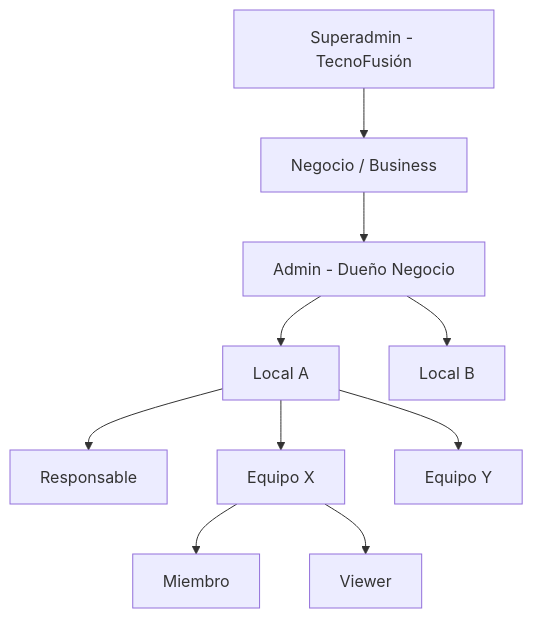
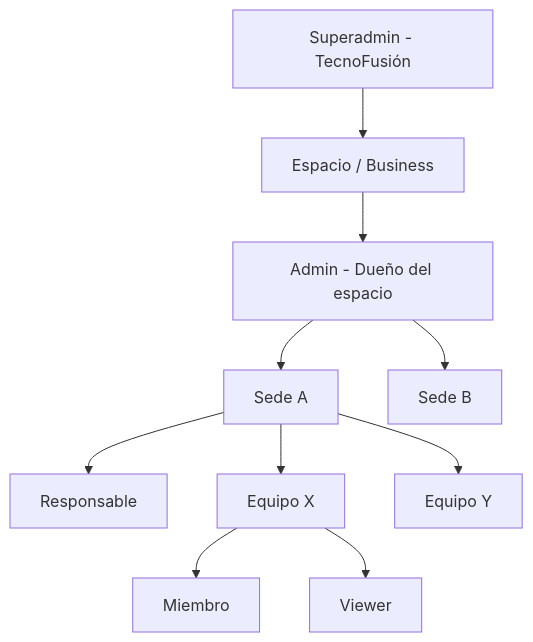
The first of 3 diagrams in docs/functional/GLOSSARY_AND_MODELS.md (jonatha1992/tablero_control), drawn with Mermaid before and after one commit. The commit also changed other lines of this file and 99 other files, not shown here.

````diff
--- a/docs/functional/GLOSSARY_AND_MODELS.md
+++ b/docs/functional/GLOSSARY_AND_MODELS.md
@@ -32,12 +32,12 @@
 ```mermaid
 graph TD
-    SA[Superadmin - TecnoFusión] --> B[Negocio / Business]
-    B --> AD[Admin - Dueño Negocio]
-    AD --> L1[Local A]
-    AD --> L2[Local B]
+    SA[Superadmin - TecnoFusión] --> B[Espacio / Business]
+    B --> AD[Admin - Dueño del espacio]
+    AD --> L1[Sede A]
+    AD --> L2[Sede B]
     L1 --> R[Responsable]
     L1 --> T1[Equipo X]
     L1 --> T2[Equipo Y]
     T1 --> M[Miembro]
     T1 --> V[Viewer]
 ```
````
